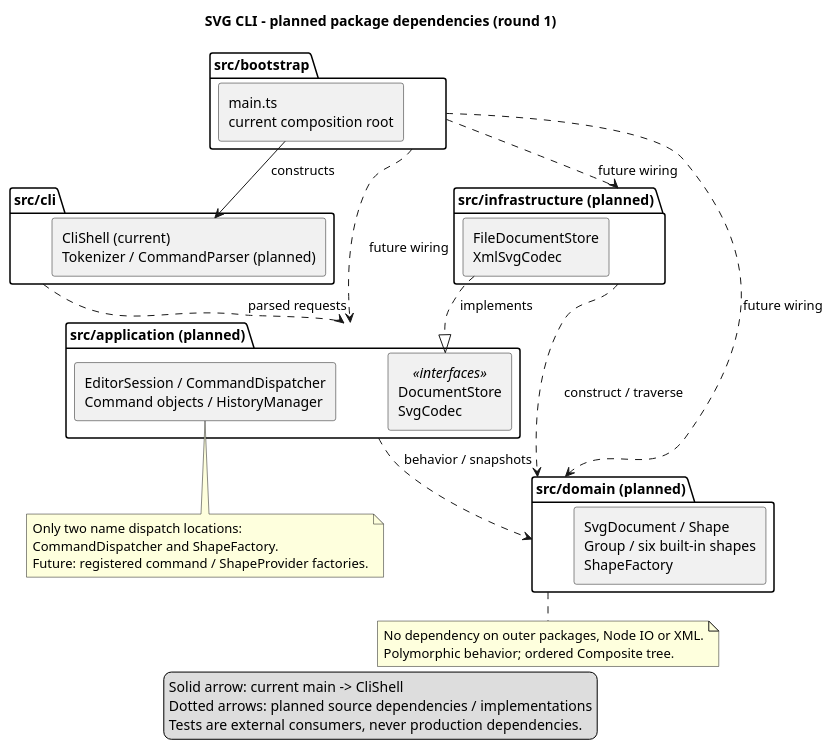
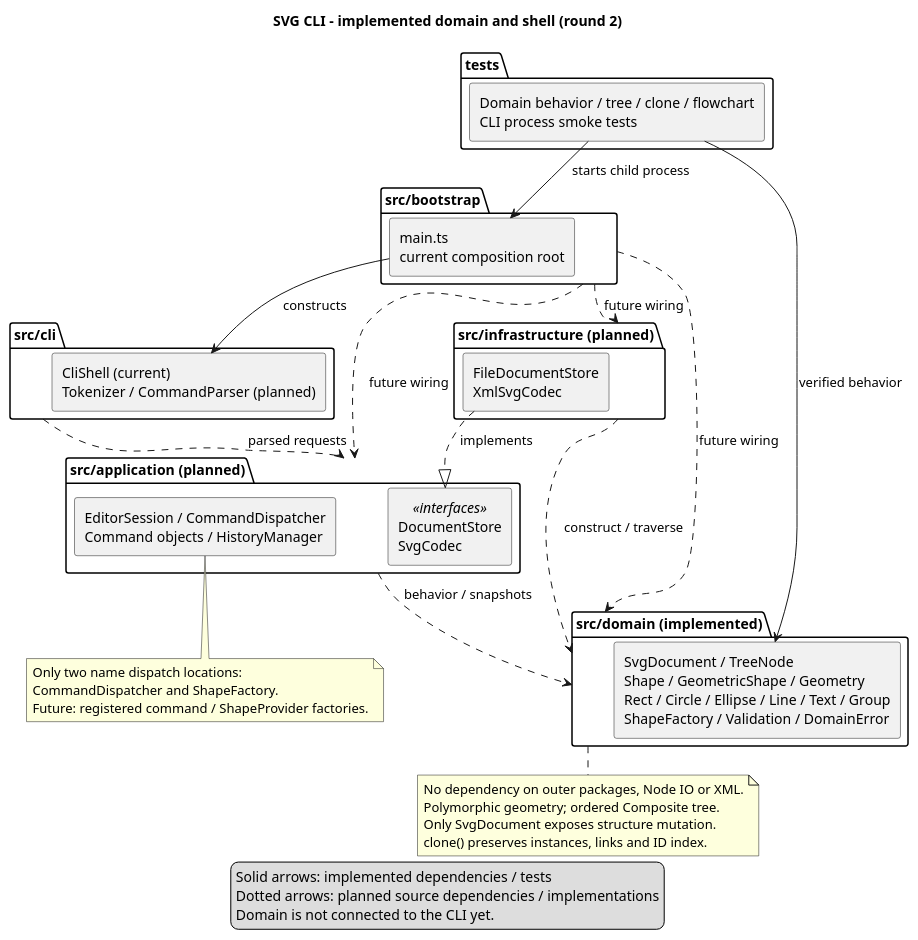
One commit to arcflute/svg-editor-cli changed the diagram in doc/architecture.puml. Above: the diagram before and after it, drawn with PlantUML. The commit also changed 25 other files, not shown here.

Commit message:
feat: implement SVG domain model and document invariants

```diff
--- a/doc/architecture.puml
+++ b/doc/architecture.puml
@@ -1,47 +1,54 @@
 @startuml
 !pragma layout smetana
-title SVG CLI - planned package dependencies (round 1)
+title SVG CLI - implemented domain and shell (round 2)
 skinparam componentStyle rectangle
 skinparam shadowing false
 
 package "src/bootstrap" as Bootstrap {
   component "main.ts\ncurrent composition root" as Main
 }
 package "src/cli" as CLI {
   component "CliShell (current)\nTokenizer / CommandParser (planned)" as Shell
 }
 package "src/application (planned)" as Application {
   component "EditorSession / CommandDispatcher\nCommand objects / HistoryManager" as Commands
   component "DocumentStore\nSvgCodec" as Ports <<interfaces>>
 }
-package "src/domain (planned)" as Domain {
-  component "SvgDocument / Shape\nGroup / six built-in shapes\nShapeFactory" as Model
+package "src/domain (implemented)" as Domain {
+  component "SvgDocument / TreeNode\nShape / GeometricShape / Geometry\nRect / Circle / Ellipse / Line / Text / Group\nShapeFactory / Validation / DomainError" as Model
 }
 package "src/infrastructure (planned)" as Infrastructure {
   component "FileDocumentStore\nXmlSvgCodec" as Adapters
+}
+package "tests" as Tests {
+  component "Domain behavior / tree / clone / flowchart\nCLI process smoke tests" as Checks
 }
 
 Main --> Shell : constructs
 Bootstrap ..> Application : future wiring
 Bootstrap ..> Infrastructure : future wiring
 Bootstrap ..> Domain : future wiring
 CLI ..> Application : parsed requests
 Application ..> Domain : behavior / snapshots
 Adapters ..|> Ports : implements
 Infrastructure ..> Domain : construct / traverse
+Checks --> Model : verified behavior
+Checks --> Main : starts child process
 
 note bottom of Domain
   No dependency on outer packages, Node IO or XML.
-  Polymorphic behavior; ordered Composite tree.
+  Polymorphic geometry; ordered Composite tree.
+  Only SvgDocument exposes structure mutation.
+  clone() preserves instances, links and ID index.
 end note
 note bottom of Commands
   Only two name dispatch locations:
   CommandDispatcher and ShapeFactory.
   Future: registered command / ShapeProvider factories.
 end note
 legend bottom
-  Solid arrow: current main -> CliShell
+  Solid arrows: implemented dependencies / tests
   Dotted arrows: planned source dependencies / implementations
-  Tests are external consumers, never production dependencies.
+  Domain is not connected to the CLI yet.
 endlegend
 @enduml
```
